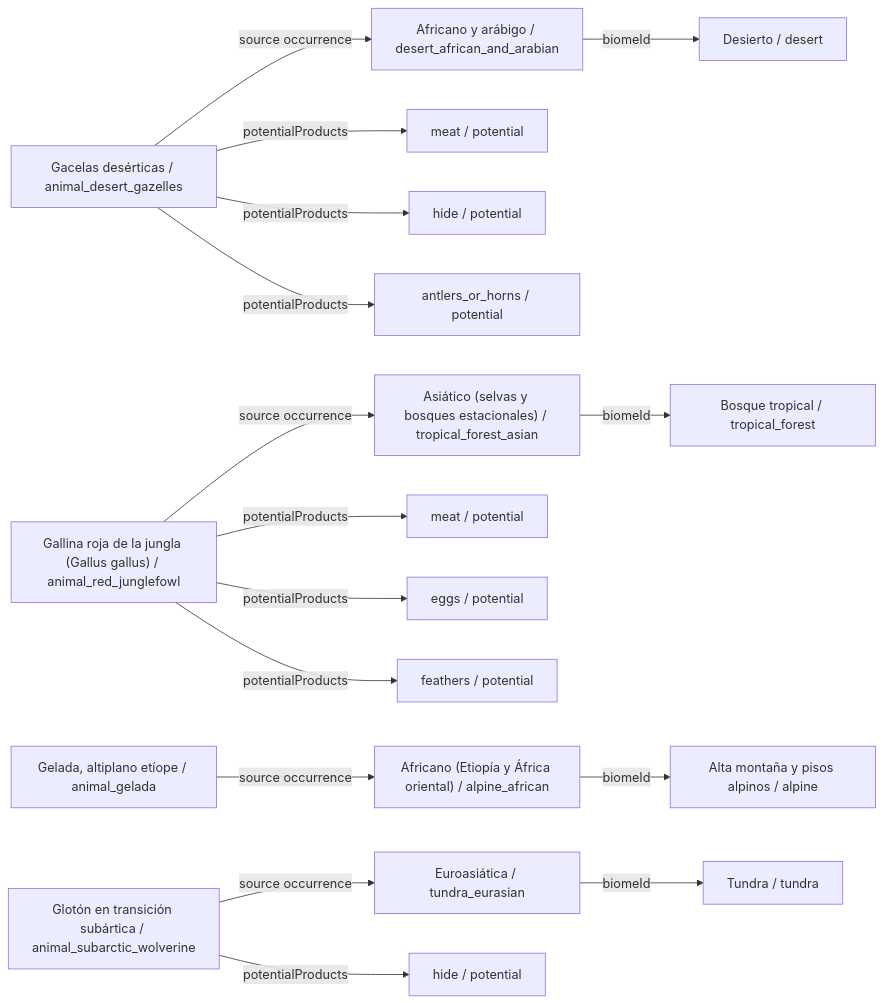
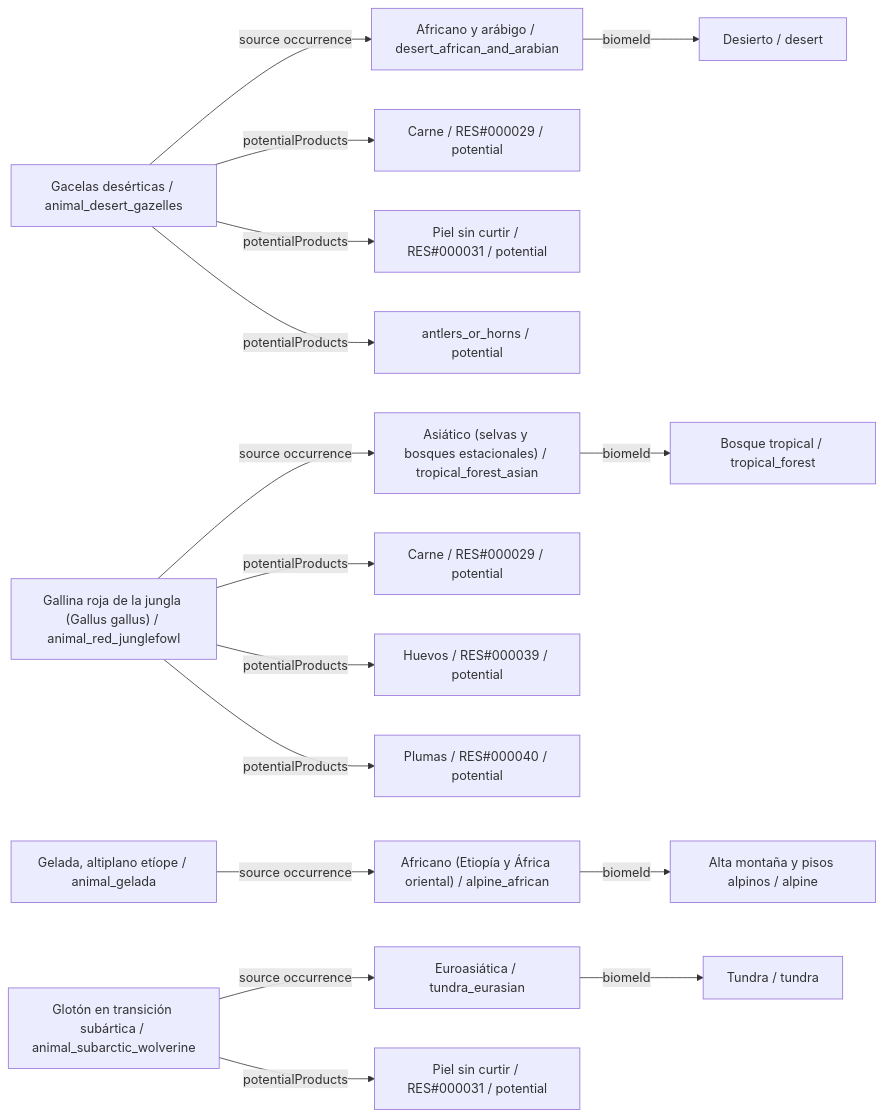
One commit to fgabo404/EvolveDoc changed diagram 14 of 34 in data/animals/DIAGRAMS.es.md. Above: the diagram before and after it, drawn with Mermaid. The commit also changed other lines of this file and 50 other files, not shown here.

````diff
--- a/data/animals/DIAGRAMS.es.md
+++ b/data/animals/DIAGRAMS.es.md
@@ -714,37 +714,37 @@
 ```mermaid
 flowchart LR
     c0["Gacelas desérticas / animal_desert_gazelles"]
     v16["Africano y arábigo / desert_african_and_arabian"]
     b4["Desierto / desert"]
-    o0_0["meat / potential"]
-    o0_1["hide / potential"]
+    o0_0["Carne / RES#000029 / potential"]
+    o0_1["Piel sin curtir / RES#000031 / potential"]
     o0_2["antlers_or_horns / potential"]
     c1["Gallina roja de la jungla (Gallus gallus) / animal_red_junglefowl"]
     v2["Asiático (selvas y bosques estacionales) / tropical_forest_asian"]
     b0["Bosque tropical / tropical_forest"]
-    o1_0["meat / potential"]
-    o1_1["eggs / potential"]
-    o1_2["feathers / potential"]
+    o1_0["Carne / RES#000029 / potential"]
+    o1_1["Huevos / RES#000039 / potential"]
+    o1_2["Plumas / RES#000040 / potential"]
     c2["Gelada, altiplano etíope / animal_gelada"]
     v26["Africano (Etiopía y África oriental) / alpine_african"]
     b6["Alta montaña y pisos alpinos / alpine"]
     c3["Glotón en transición subártica / animal_subarctic_wolverine"]
     v9["Euroasiática / tundra_eurasian"]
     b2["Tundra / tundra"]
-    o3_0["hide / potential"]
+    o3_0["Piel sin curtir / RES#000031 / potential"]
     c0 -->|potentialProducts| o0_0
     c0 -->|potentialProducts| o0_1
     c0 -->|potentialProducts| o0_2
     c0 -->|source occurrence| v16
     c1 -->|potentialProducts| o1_0
     c1 -->|potentialProducts| o1_1
     c1 -->|potentialProducts| o1_2
     c1 -->|source occurrence| v2
     c2 -->|source occurrence| v26
     c3 -->|potentialProducts| o3_0
     c3 -->|source occurrence| v9
     v16 -->|biomeId| b4
     v2 -->|biomeId| b0
     v26 -->|biomeId| b6
     v9 -->|biomeId| b2
 ```
````
